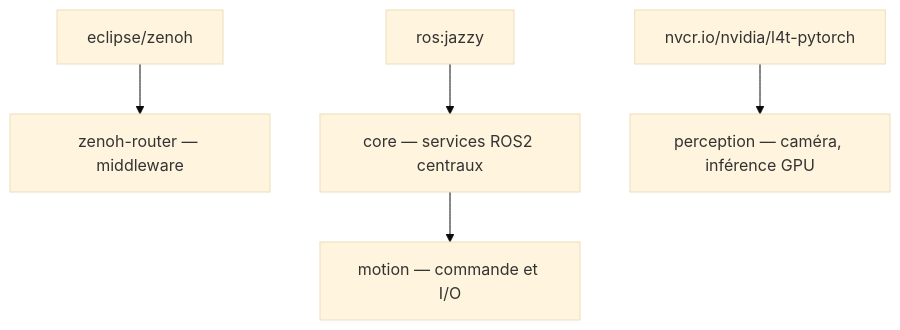
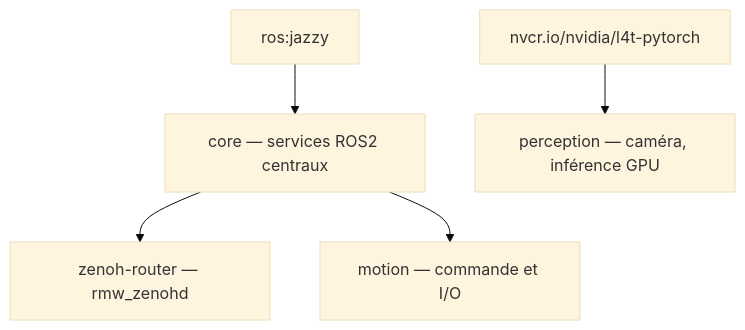
The diagram in docker/README.md (iobewi/r2bewi_sdk_manager), drawn with Mermaid (base theme) before and after one commit. The commit also changed other lines of this file and 2 other files, not shown here.

Commit message:
fix(docker): zenoh-router hérite de core — utilise rmw_zenohd intégré à ROS2

````diff
--- a/docker/README.md
+++ b/docker/README.md
@@ -36,10 +36,10 @@
 ```mermaid
 graph TD
     JAZZY["ros:jazzy"]
     L4T["nvcr.io/nvidia/l4t-pytorch"]
 
-    ZENOH["eclipse/zenoh"] --> ROUTER["zenoh-router — middleware"]
     JAZZY --> CORE["core — services ROS2 centraux"]
+    CORE --> ROUTER["zenoh-router — rmw_zenohd"]
     CORE --> MOTION["motion — commande et I/O"]
     L4T --> PERCEPTION["perception — caméra, inférence GPU"]
 ```
````
